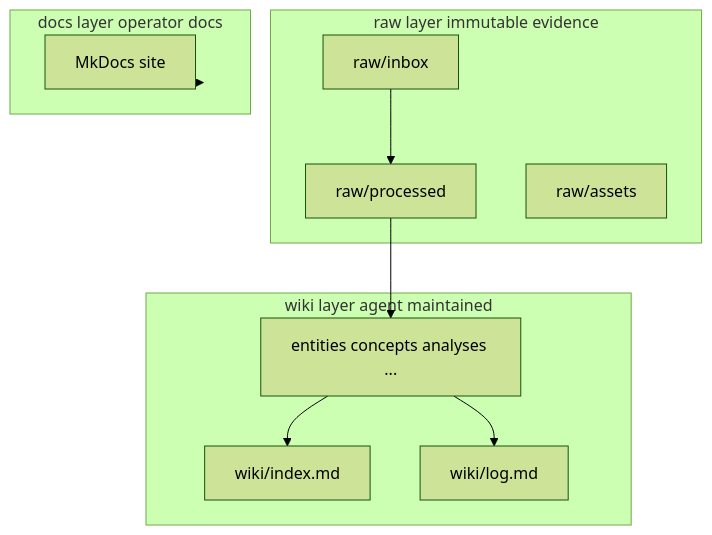
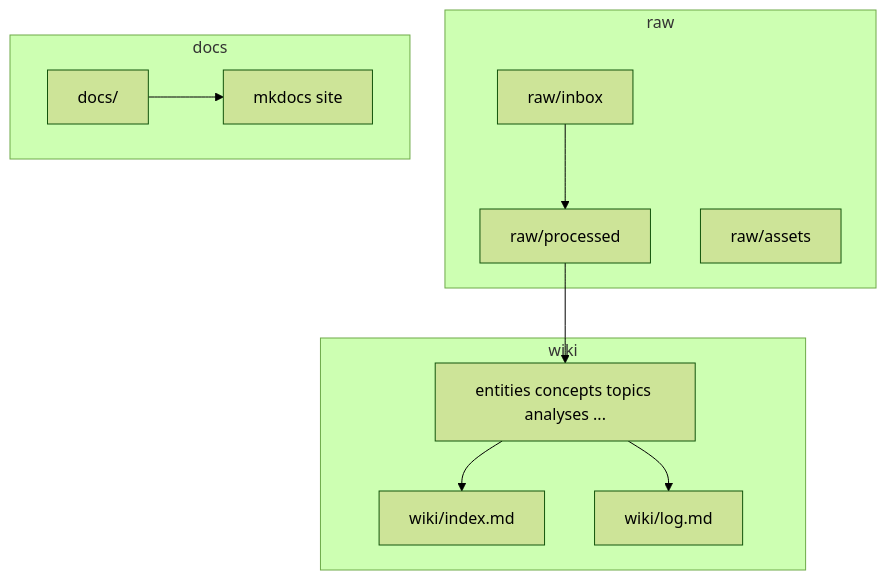
One commit to sempervent/llm-wiki-template changed the diagram in docs/architecture.md. Above: the diagram before and after it, drawn with Mermaid (forest theme). The commit also changed other lines of this file and 11 other files, not shown here.

````diff
--- a/docs/architecture.md
+++ b/docs/architecture.md
@@ -3,21 +5,22 @@
 ```mermaid
 flowchart TB
-  subgraph raw [raw layer immutable evidence]
+  subgraph raw [raw]
     inbox[raw/inbox]
     processed[raw/processed]
     assets[raw/assets]
   end
-  subgraph wiki [wiki layer agent maintained]
+  subgraph wiki [wiki]
     index[wiki/index.md]
     log[wiki/log.md]
-    pages[entities concepts analyses ...]
+    pages[entities concepts topics analyses ...]
   end
-  subgraph handbook [docs layer operator docs]
-    mk[MkDocs site]
+  subgraph docs [docs]
+    handbook[docs/]
+    site[mkdocs site]
   end
   inbox --> processed
   processed --> pages
   pages --> index
   pages --> log
-  handbook --> mk
+  handbook --> site
 ```
````
